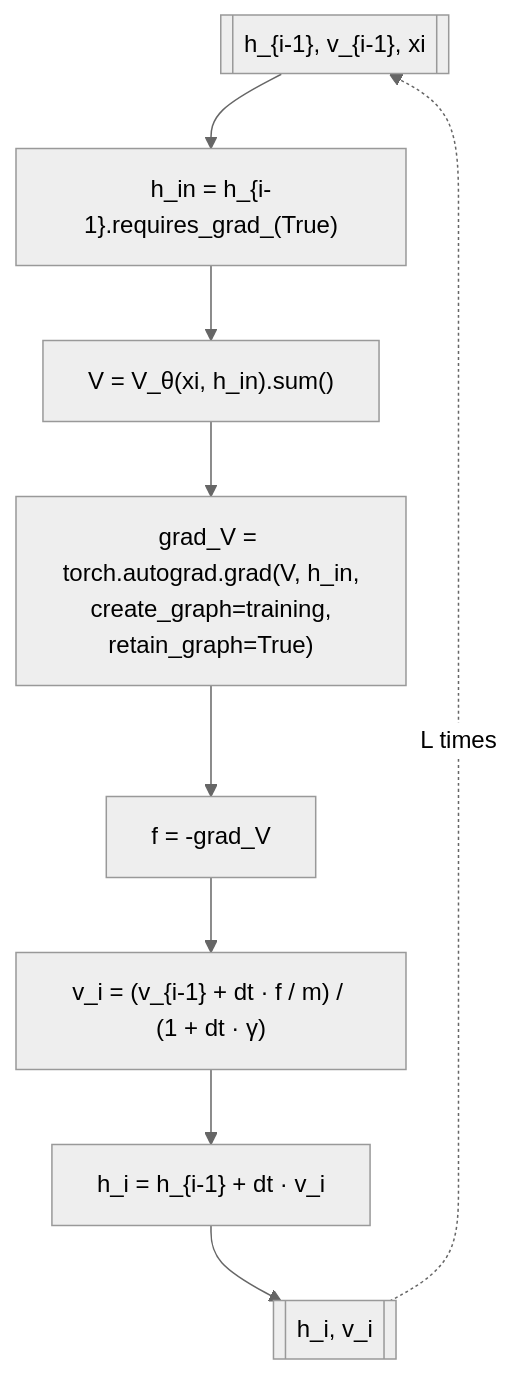
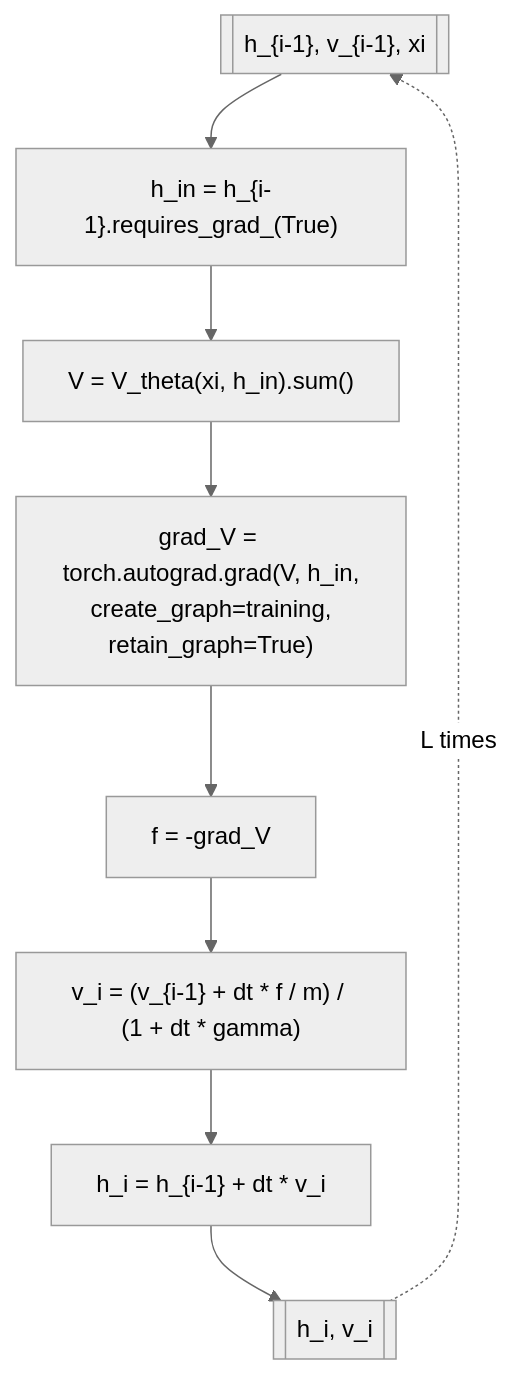
One commit to dimitarpg13/semsimula-paper changed the third of 5 diagrams in companion_notes/Training_and_Inference_with_SPLM.md. Above: the diagram before and after it, drawn with Mermaid (neutral theme). The commit also changed other lines of this file and 36 other files, not shown here.

First line of the commit message:
Sync companion notes: Claim A status update, Mermaid/LaTeX fixes, new files

````diff
--- a/companion_notes/Training_and_Inference_with_SPLM.md
+++ b/companion_notes/Training_and_Inference_with_SPLM.md
@@ -176,11 +176,11 @@
 ```mermaid
 flowchart TD
     S[["h_{i-1}, v_{i-1}, xi"]] --> REQ["h_in = h_{i-1}.requires_grad_(True)"]
-    REQ --> V["V = V_θ(xi, h_in).sum()"]
-    V --> GRAD["grad_V = torch.autograd.grad(V, h_in,<br/>create_graph=training,<br/>retain_graph=True)"]
+    REQ --> V["V = V_theta(xi, h_in).sum()"]
+    V --> GRAD["grad_V = torch.autograd.grad(V, h_in,<br>create_graph=training,<br>retain_graph=True)"]
     GRAD --> F["f = -grad_V"]
-    F --> VEL["v_i = (v_{i-1} + dt · f / m) / (1 + dt · γ)"]
-    VEL --> POS["h_i = h_{i-1} + dt · v_i"]
+    F --> VEL["v_i = (v_{i-1} + dt * f / m) / (1 + dt * gamma)"]
+    VEL --> POS["h_i = h_{i-1} + dt * v_i"]
     POS --> OUT[["h_i, v_i"]]
     OUT -. "L times" .-> S
 ```
````
